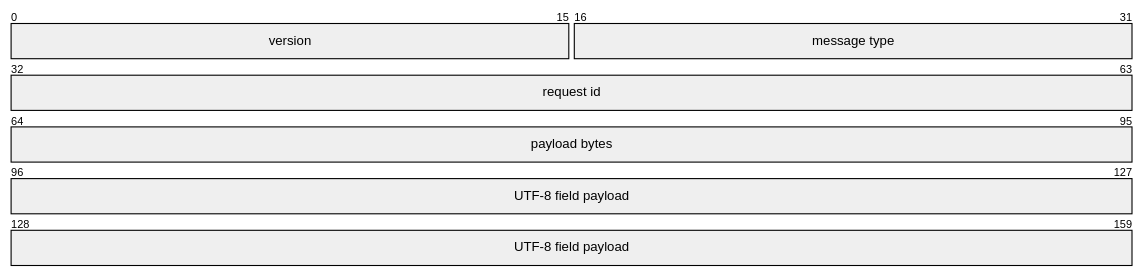
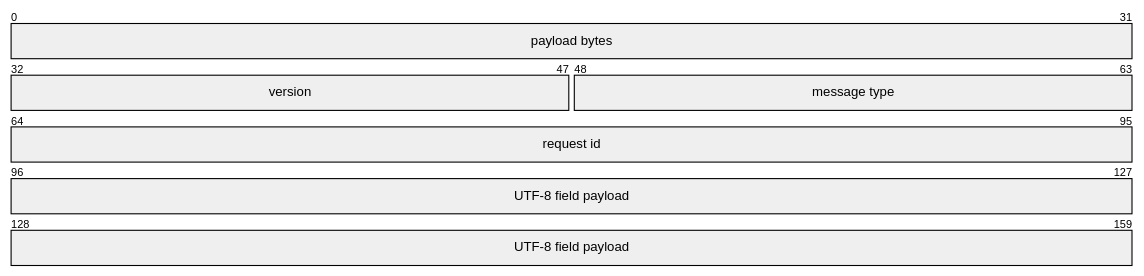
The second of 6 diagrams in docs/architecture.md (NearthYou/ChattingServerDemo), drawn with Mermaid (neutral theme) before and after one commit. The commit also changed other lines of this file and 5 other files, not shown here.

````diff
--- a/docs/architecture.md
+++ b/docs/architecture.md
@@ -128,8 +128,8 @@
 ```mermaid
 packet-beta
-  0-15: "version"
-  16-31: "message type"
-  32-63: "request id"
-  64-95: "payload bytes"
+  0-31: "payload bytes"
+  32-47: "version"
+  48-63: "message type"
+  64-95: "request id"
   96-159: "UTF-8 field payload"
 ```
````
